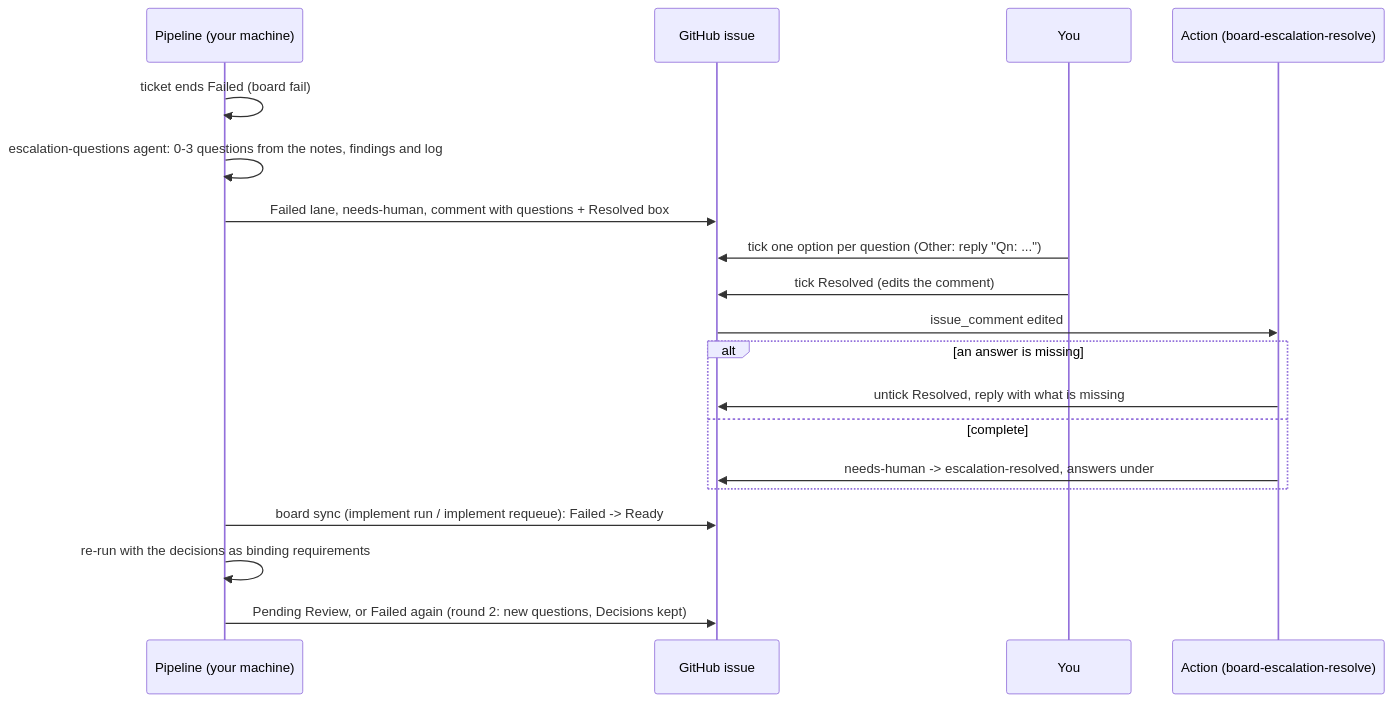
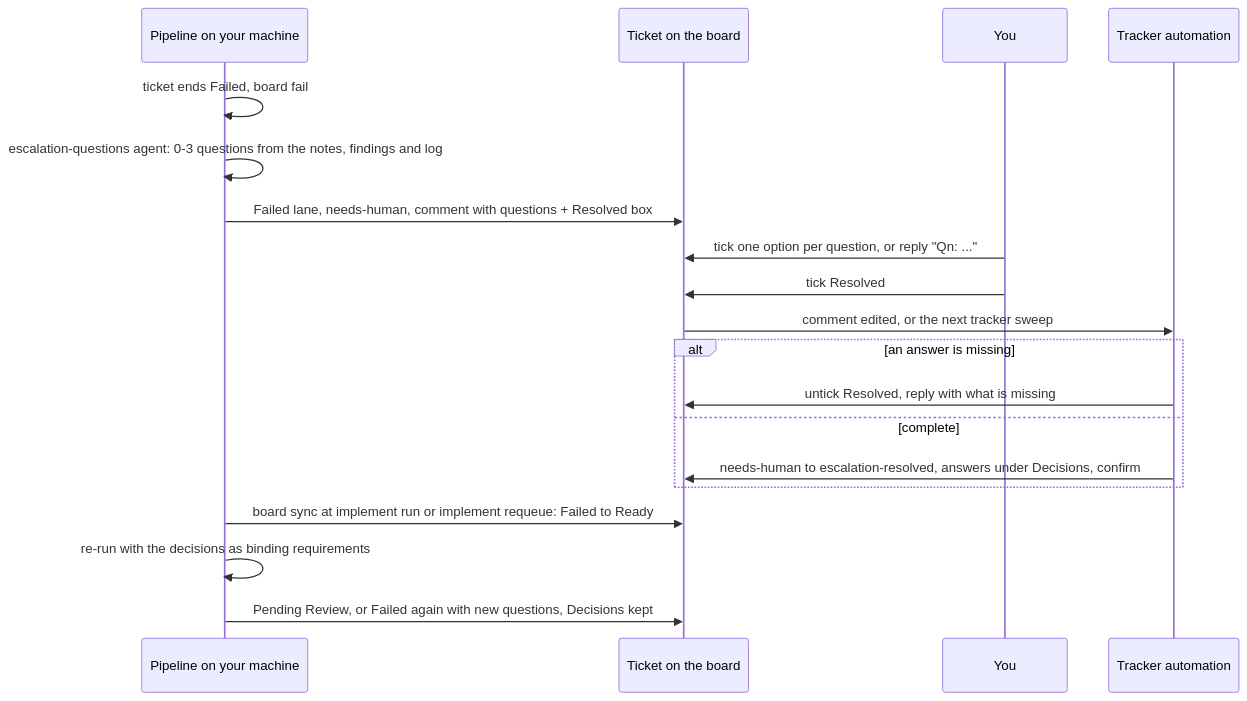
Before and after one commit to armandodollia-slalom/ai-app-factory-public: the second of 2 diagrams in docs/ai-pipeline/escalations.md, drawn with Mermaid. The commit also changed other lines of this file and 157 other files, not shown here.

````diff
--- a/docs/ai-pipeline/escalations.md
+++ b/docs/ai-pipeline/escalations.md
@@ -61,21 +66,21 @@
 ```mermaid
 sequenceDiagram
-  participant P as Pipeline (your machine)
-  participant I as GitHub issue
+  participant P as Pipeline on your machine
+  participant I as Ticket on the board
   participant H as You
-  participant A as Action (board-escalation-resolve)
-  P->>P: ticket ends Failed (board fail)
+  participant A as Tracker automation
+  P->>P: ticket ends Failed, board fail
   P->>P: escalation-questions agent: 0-3 questions from the notes, findings and log
   P->>I: Failed lane, needs-human, comment with questions + Resolved box
-  H->>I: tick one option per question (Other: reply "Qn: ...")
-  H->>I: tick Resolved (edits the comment)
-  I->>A: issue_comment edited
+  H->>I: tick one option per question, or reply "Qn: ..."
+  H->>I: tick Resolved
+  I->>A: comment edited, or the next tracker sweep
   alt an answer is missing
     A->>I: untick Resolved, reply with what is missing
   else complete
-    A->>I: needs-human -> escalation-resolved, answers under ## Decisions, confirm
+    A->>I: needs-human to escalation-resolved, answers under Decisions, confirm
   end
-  P->>I: board sync (implement run / implement requeue): Failed -> Ready
+  P->>I: board sync at implement run or implement requeue: Failed to Ready
   P->>P: re-run with the decisions as binding requirements
-  P->>I: Pending Review, or Failed again (round 2: new questions, Decisions kept)
+  P->>I: Pending Review, or Failed again with new questions, Decisions kept
 ```
````
